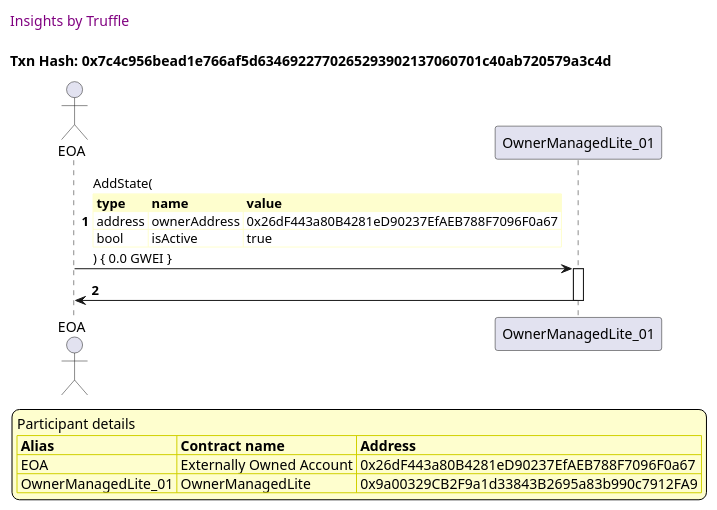
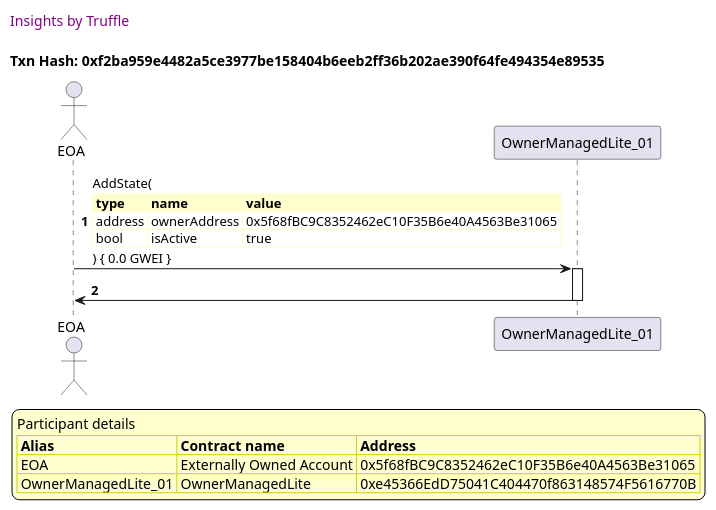
One commit to thedarkjester/ConsensysAssignment changed diagram 14 of 16 in truffle-seq/OwnerManagedLite_test_activate_deactivate_dapp.md. Above: the diagram before and after it, drawn with PlantUML. The commit also changed other lines of this file and 13 other files, not shown here.

````diff
--- a/truffle-seq/OwnerManagedLite_test_activate_deactivate_dapp.md
+++ b/truffle-seq/OwnerManagedLite_test_activate_deactivate_dapp.md
@@ -631,41 +623,41 @@
 ```plantuml
 
 
 @startuml
 
 autonumber
 skinparam legendBackgroundColor #FEFECE
 
 <style>
       header {
         HorizontalAlignment left
         FontColor purple
         FontSize 14
         Padding 10
       }
     </style>
 
 header Insights by Truffle
 
-title Txn Hash: 0x7c4c956bead1e766af5d6346922770265293902137060701c40ab720579a3c4d
+title Txn Hash: 0xf2ba959e4482a5ce3977be158404b6eeb2ff36b202ae390f64fe494354e89535
 
 
 actor EOA as "EOA"
 participant OwnerManagedLite_01 as "OwnerManagedLite_01"
 
 "EOA" -> "OwnerManagedLite_01" ++: AddState(\n\
 <#FEFECE,#FEFECE>|= type |= name |= value |\n\
-| address | ownerAddress | 0x26dF443a80B4281eD90237EfAEB788F7096F0a67 |\n\
+| address | ownerAddress | 0x5f68fBC9C8352462eC10F35B6e40A4563Be31065 |\n\
 | bool | isActive | true |\n\
 ) { 0.0 GWEI }
 "OwnerManagedLite_01" -> "EOA" --: 
 
 legend
 Participant details
 <#FEFECE,#D0D000>|= Alias |= Contract name |= Address |
-<#FEFECE>| EOA | Externally Owned Account | 0x26dF443a80B4281eD90237EfAEB788F7096F0a67 |
-<#FEFECE>| OwnerManagedLite_01 | OwnerManagedLite | 0x9a00329CB2F9a1d33843B2695a83b990c7912FA9 |
+<#FEFECE>| EOA | Externally Owned Account | 0x5f68fBC9C8352462eC10F35B6e40A4563Be31065 |
+<#FEFECE>| OwnerManagedLite_01 | OwnerManagedLite | 0xe45366EdD75041C404470f863148574F5616770B |
 endlegend
 
 @enduml
 ```
````
